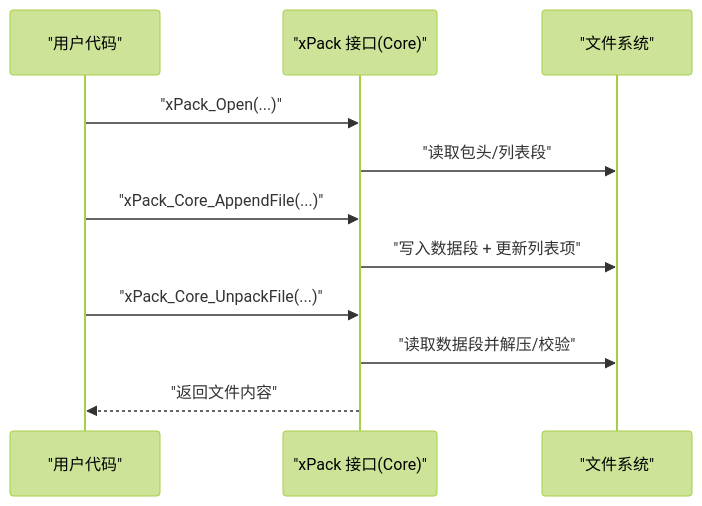
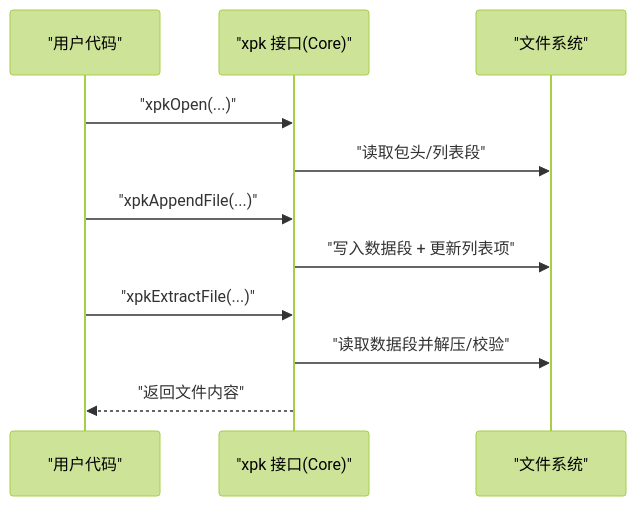
Before and after one commit to xywhsoft/xpack: the third of 7 diagrams in .qoder/repowiki/zh/content/文件包模式详解/文件包模式详解.md, drawn with Mermaid (forest theme). The commit also changed other lines of this file and 23 other files, not shown here.

````diff
--- a/.qoder/repowiki/zh/content/文件包模式详解/文件包模式详解.md
+++ b/.qoder/repowiki/zh/content/文件包模式详解/文件包模式详解.md
@@ -125,13 +153,13 @@
 ```mermaid
 sequenceDiagram
 participant U as "用户代码"
-participant API as "xPack 接口(Core)"
+participant API as "xpk 接口(Core)"
 participant FS as "文件系统"
-U->>API : "xPack_Open(...)"
+U->>API : "xpkOpen(...)"
 API->>FS : "读取包头/列表段"
-U->>API : "xPack_Core_AppendFile(...)"
+U->>API : "xpkAppendFile(...)"
 API->>FS : "写入数据段 + 更新列表项"
-U->>API : "xPack_Core_UnpackFile(...)"
+U->>API : "xpkExtractFile(...)"
 API->>FS : "读取数据段并解压/校验"
 API-->>U : "返回文件内容"
 ```
````
